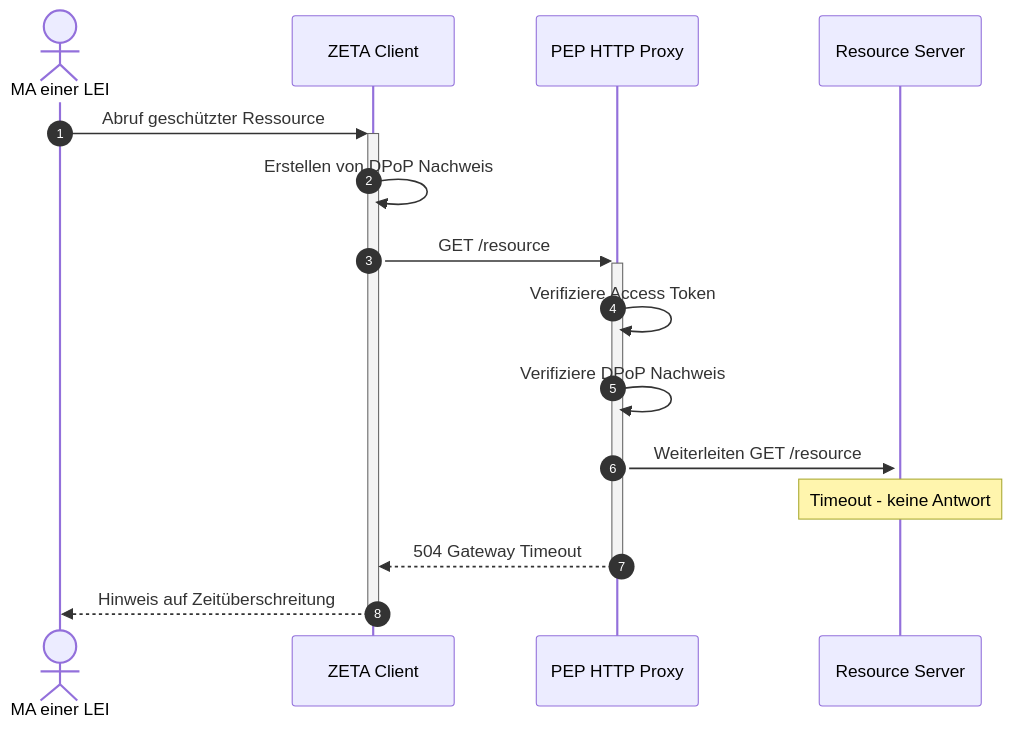
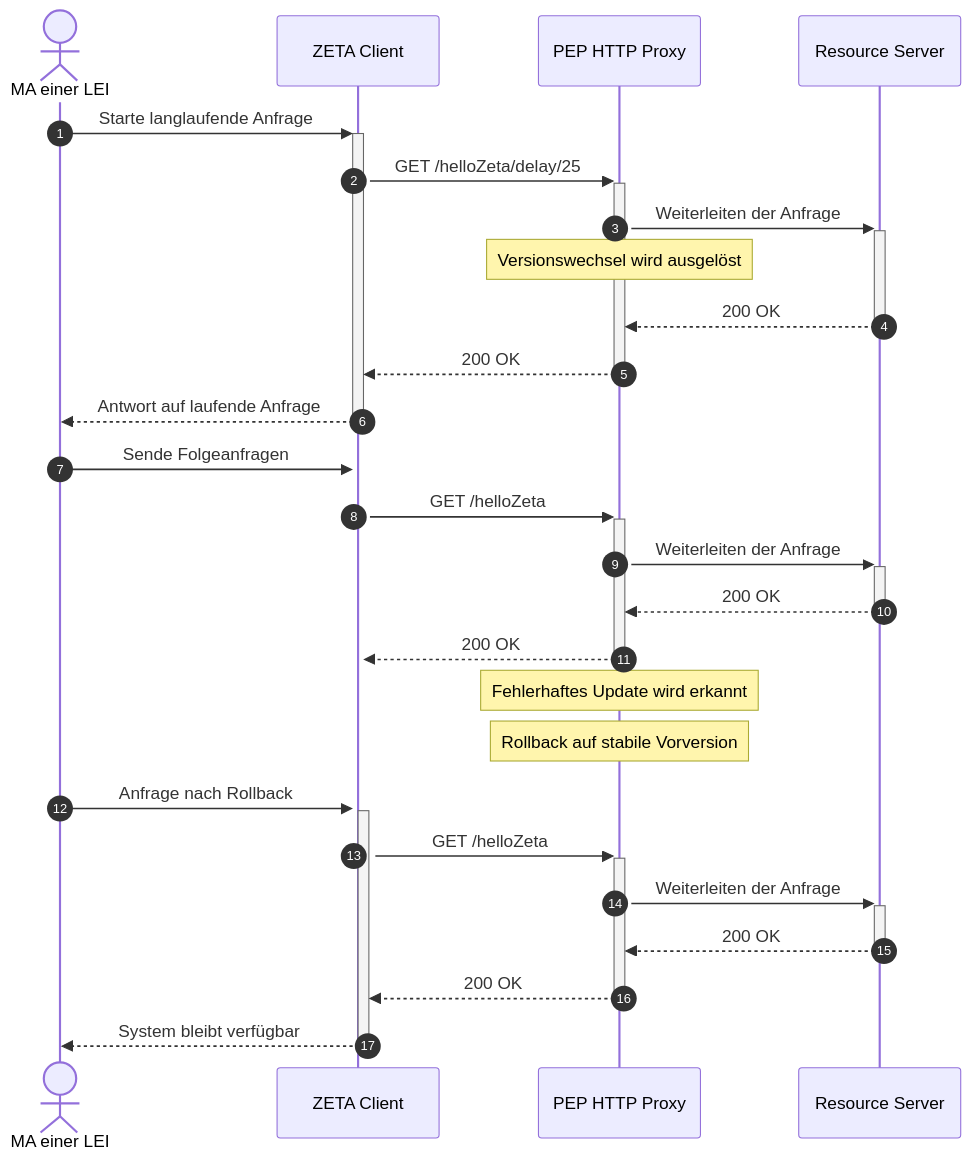
One commit to gematik/zeta-tiger-testsuite changed the diagram in src/test/resources/features/UserStory_01/UseCase_21/readme.adoc. Above: the diagram before and after it, drawn with Mermaid. The commit also changed other lines of this file and 182 other files, not shown here.

```diff
--- a/src/test/resources/features/UserStory_01/UseCase_21/readme.adoc
+++ b/src/test/resources/features/UserStory_01/UseCase_21/readme.adoc
@@ -59,20 +65,31 @@
 [mermaid,usecase-01-21-sequence,svg]
 ....
 sequenceDiagram
     autonumber
 
     actor MA as MA einer LEI
     participant ZC as ZETA Client
     participant PEP-HP as PEP HTTP Proxy
     participant RS as Resource Server
 
-    MA->>+ZC: Abruf geschützter Ressource
-    ZC->>ZC: Erstellen von DPoP Nachweis
-    ZC->>+PEP-HP: GET /resource
-    PEP-HP->>PEP-HP: Verifiziere Access Token
-    PEP-HP->>PEP-HP: Verifiziere DPoP Nachweis
-    PEP-HP->>+RS: Weiterleiten GET /resource
-    Note over RS: Timeout - keine Antwort
-    PEP-HP-->>-ZC: 504 Gateway Timeout
-    ZC-->>-MA: Hinweis auf Zeitüberschreitung
+    MA->>+ZC: Starte langlaufende Anfrage
+    ZC->>+PEP-HP: GET /helloZeta/delay/25
+    PEP-HP->>+RS: Weiterleiten der Anfrage
+    Note over PEP-HP: Versionswechsel wird ausgelöst
+    RS-->>-PEP-HP: 200 OK
+    PEP-HP-->>-ZC: 200 OK
+    ZC-->>-MA: Antwort auf laufende Anfrage
+    MA->>+ZC: Sende Folgeanfragen
+    ZC->>+PEP-HP: GET /helloZeta
+    PEP-HP->>+RS: Weiterleiten der Anfrage
+    RS-->>-PEP-HP: 200 OK
+    PEP-HP-->>-ZC: 200 OK
+    Note over PEP-HP: Fehlerhaftes Update wird erkannt
+    Note over PEP-HP: Rollback auf stabile Vorversion
+    MA->>+ZC: Anfrage nach Rollback
+    ZC->>+PEP-HP: GET /helloZeta
+    PEP-HP->>+RS: Weiterleiten der Anfrage
+    RS-->>-PEP-HP: 200 OK
+    PEP-HP-->>-ZC: 200 OK
+    ZC-->>-MA: System bleibt verfügbar
 ....
```
